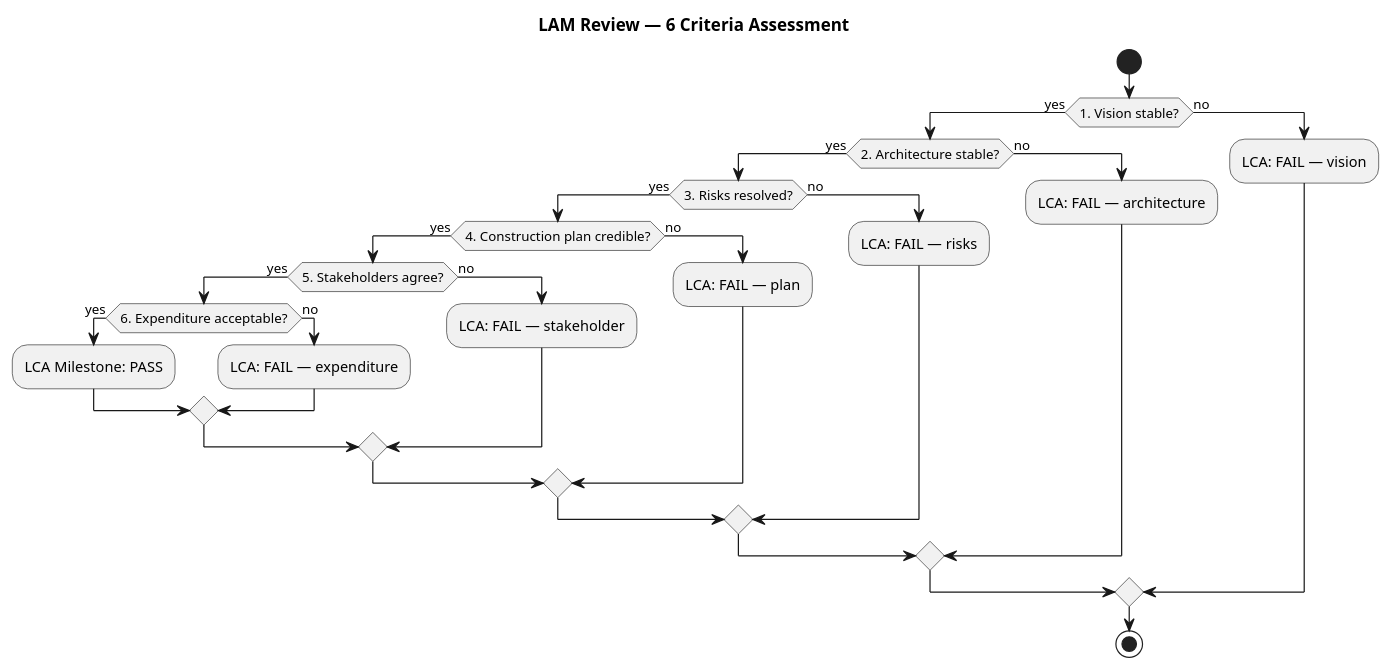
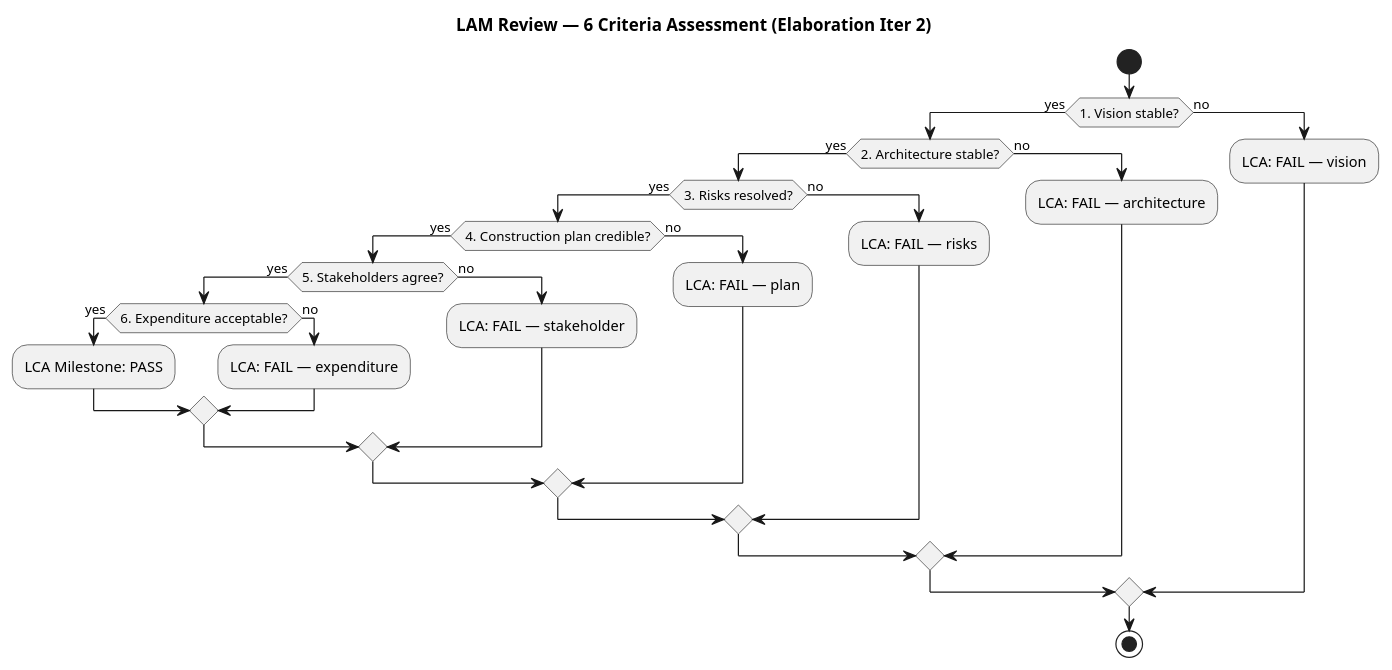
One commit to banense-test/portal-cuba-corp changed the ninth of 9 diagrams in docs/artifacts/analysis---design/software-architecture-document.md. Above: the diagram before and after it, drawn with PlantUML. The commit also changed other lines of this file, not shown here.

First line of the commit message:
Software Architect [E2]: upsert Software Architecture Document

````diff
--- a/docs/artifacts/analysis---design/software-architecture-document.md
+++ b/docs/artifacts/analysis---design/software-architecture-document.md
@@ -774,36 +793,36 @@
 ```plantuml
 @startuml
-title LAM Review — 6 Criteria Assessment
+title LAM Review — 6 Criteria Assessment (Elaboration Iter 2)
 
 skinparam activityStyle rounded
 
 start
 if (1. Vision stable?) then (yes)
   if (2. Architecture stable?) then (yes)
     if (3. Risks resolved?) then (yes)
       if (4. Construction plan credible?) then (yes)
         if (5. Stakeholders agree?) then (yes)
           if (6. Expenditure acceptable?) then (yes)
             :LCA Milestone: PASS;
           else (no)
             :LCA: FAIL — expenditure;
           endif
         else (no)
           :LCA: FAIL — stakeholder;
         endif
       else (no)
         :LCA: FAIL — plan;
       endif
     else (no)
       :LCA: FAIL — risks;
     endif
   else (no)
     :LCA: FAIL — architecture;
   endif
 else (no)
   :LCA: FAIL — vision;
 endif
 stop
 
 @enduml
 ```
````
